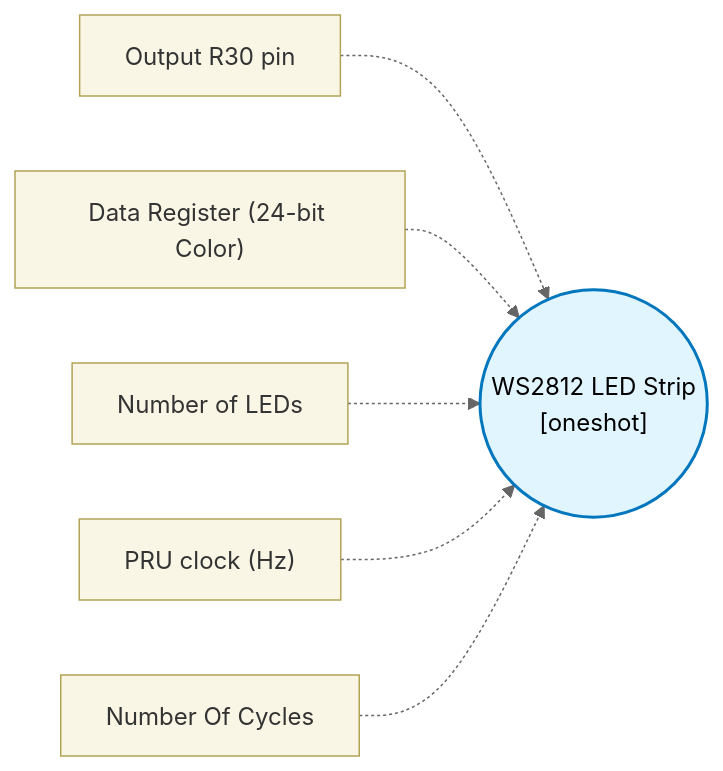
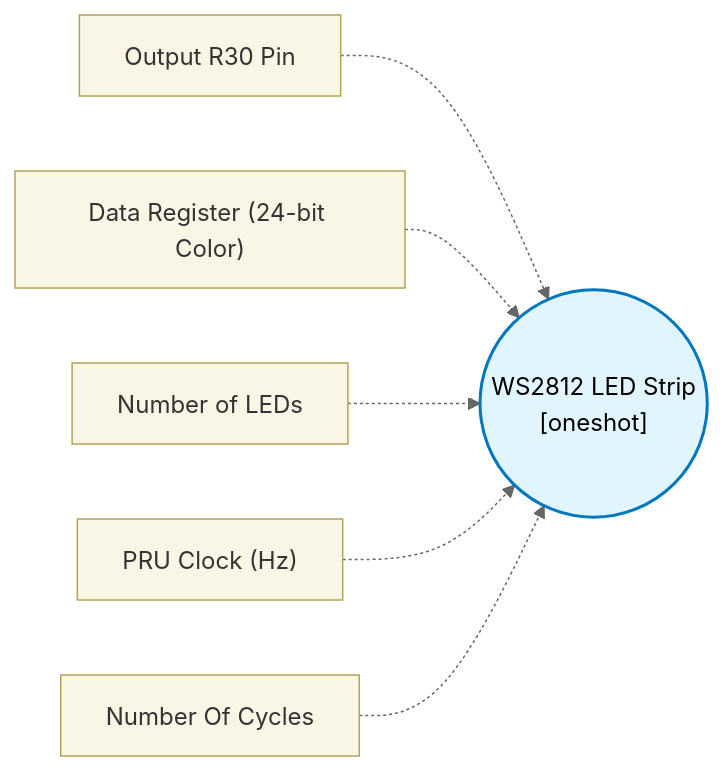
One commit to TexasInstruments/pru-no-code-tool changed the diagram in docs/block-reference/blocks/ws2812_block/design.md. Above: the diagram before and after it, drawn with Mermaid (neutral theme). The commit also changed other lines of this file and 89 other files, not shown here.

````diff
--- a/docs/block-reference/blocks/ws2812_block/design.md
+++ b/docs/block-reference/blocks/ws2812_block/design.md
@@ -11,11 +11,11 @@
 ```mermaid
 flowchart LR
   classDef config fill:#f9f6e5,stroke:#b1a457,stroke-width:1px,color:#333;
   classDef core fill:#e1f5fe,stroke:#0277bd,stroke-width:2px,color:#000;
   CORE(("WS2812 LED Strip\n[oneshot]")):::core
-  CFG0["Output R30 pin"]:::config -.-> CORE
+  CFG0["Output R30 Pin"]:::config -.-> CORE
   CFG1["Data Register (24-bit Color)"]:::config -.-> CORE
   CFG2["Number of LEDs"]:::config -.-> CORE
-  CFG3["PRU clock (Hz)"]:::config -.-> CORE
+  CFG3["PRU Clock (Hz)"]:::config -.-> CORE
   CFG4["Number Of Cycles"]:::config -.-> CORE
 ```
````
